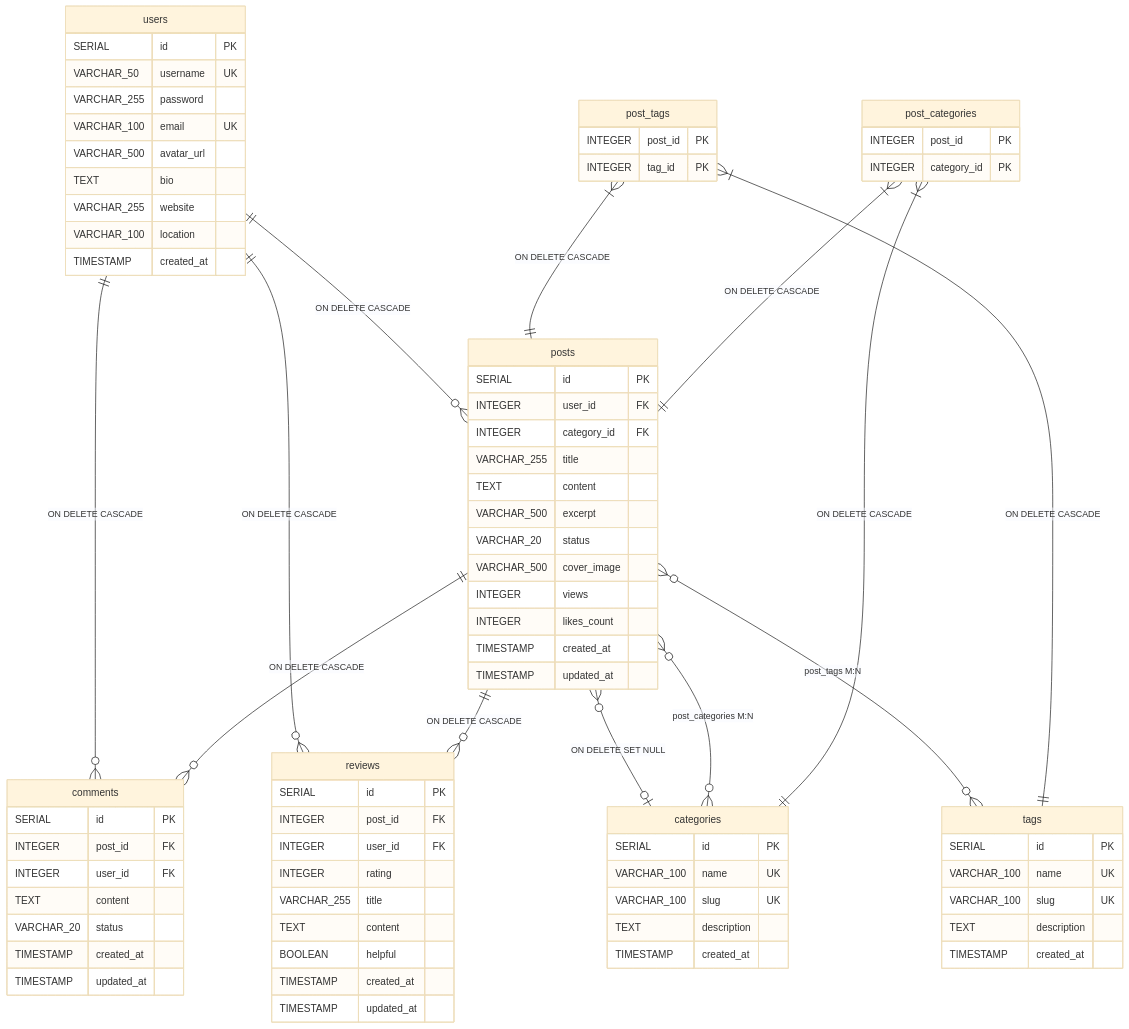
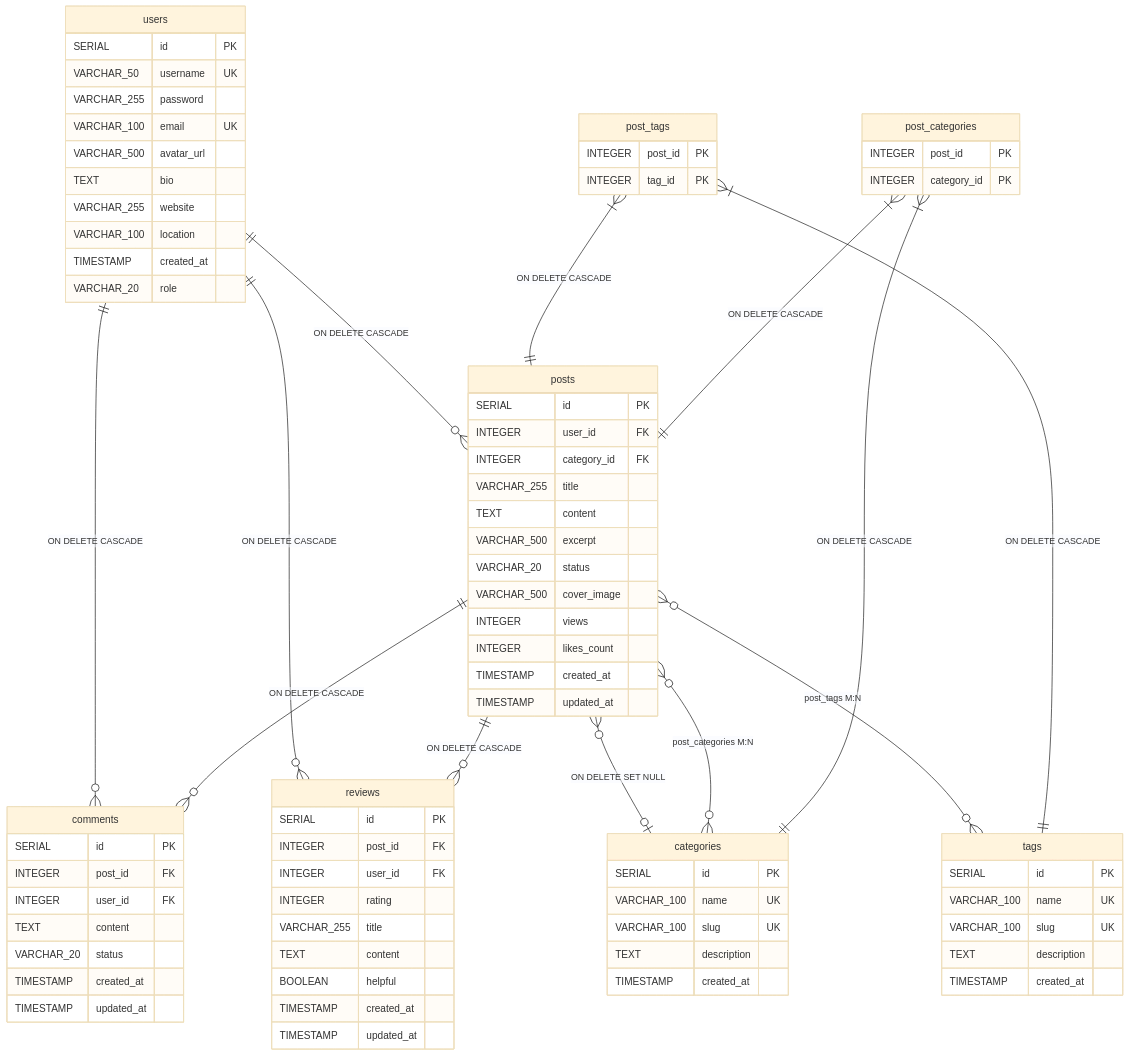
The third of 3 diagrams in DATABASE_MODELS.md (Kratosgado/java_blog), drawn with Mermaid (base theme) before and after one commit. The commit also changed other lines of this file and 3 other files, not shown here.

Commit message:
refactor(lab-5): update schema and add constraints

```diff
--- a/DATABASE_MODELS.md
+++ b/DATABASE_MODELS.md
@@ -207,6 +208,7 @@
         VARCHAR_255 website
         VARCHAR_100 location
         TIMESTAMP created_at
+        VARCHAR_20 role
     }
 
     categories {
```
